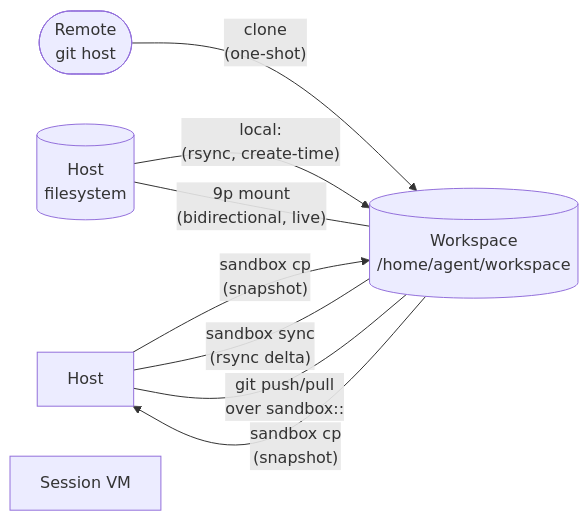
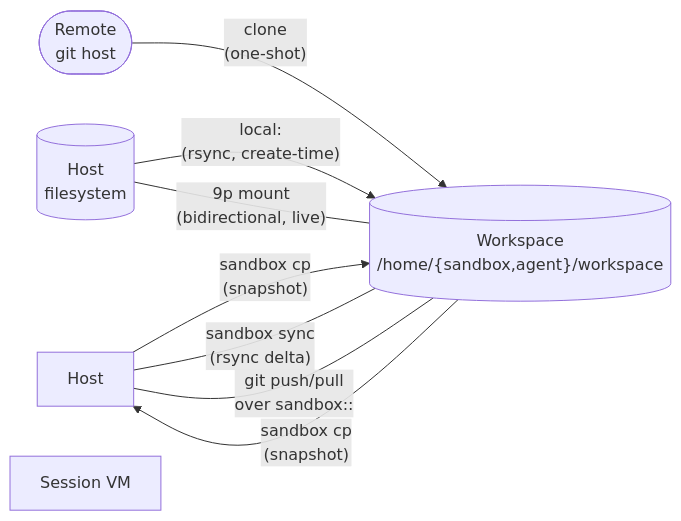
The diagram in docs/concepts/workspaces.md (Koriit/sandboxd), drawn with Mermaid before and after one commit. The commit also changed other lines of this file and 7 other files, not shown here.

````diff
--- a/docs/concepts/workspaces.md
+++ b/docs/concepts/workspaces.md
@@ -73,16 +73,16 @@
 ```mermaid
 flowchart LR
     Host["Host"]
     HostFS[("Host<br/>filesystem")]
     Remote(["Remote<br/>git host"])
     VM["Session VM"]
-    WS[("Workspace<br/>/home/agent/workspace")]
+    WS[("Workspace<br/>/home/{sandbox,agent}/workspace")]
 
     Remote -- "clone<br/>(one-shot)" --> WS
     HostFS -- "local:<br/>(rsync, create-time)" --> WS
     HostFS -- "9p mount<br/>(bidirectional, live)" --- WS
     Host -- "sandbox cp<br/>(snapshot)" --> WS
     WS -- "sandbox cp<br/>(snapshot)" --> Host
     Host -- "sandbox sync<br/>(rsync delta)" --- WS
     Host -- "git push/pull<br/>over sandbox::" --- WS
 ```
````
